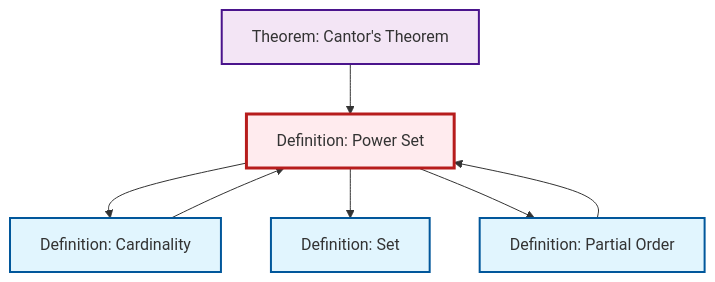
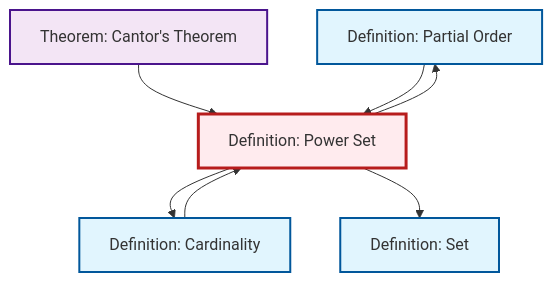
Before and after one commit to RK0429/ModernMath: the second of 2 diagrams in content/en/logic-set-theory/def-power-set.qmd, drawn with Mermaid. The commit also changed other lines of this file and 597 other files, not shown here.

````diff
--- a/content/en/logic-set-theory/def-power-set.qmd
+++ b/content/en/logic-set-theory/def-power-set.qmd
@@ -69,25 +69,25 @@
 ```{mermaid}
 %%| fig-cap: "Local dependency graph"
 graph TD
     classDef definition fill:#e1f5fe,stroke:#01579b,stroke-width:2px
     classDef theorem fill:#f3e5f5,stroke:#4a148c,stroke-width:2px
     classDef axiom fill:#fff3e0,stroke:#e65100,stroke-width:2px
     classDef example fill:#e8f5e9,stroke:#1b5e20,stroke-width:2px
     classDef current fill:#ffebee,stroke:#b71c1c,stroke-width:3px
-    thm-cantor["Theorem: Cantor's Theorem"]:::theorem
     def-partial-order["Definition: Partial Order"]:::definition
-    def-power-set["Definition: Power Set"]:::definition
     def-cardinality["Definition: Cardinality"]:::definition
     def-set["Definition: Set"]:::definition
-    def-cardinality --> def-power-set
+    thm-cantor["Theorem: Cantor's Theorem"]:::theorem
+    def-power-set["Definition: Power Set"]:::definition
     thm-cantor --> def-power-set
     def-power-set --> def-cardinality
-    def-power-set --> def-set
     def-power-set --> def-partial-order
     def-partial-order --> def-power-set
+    def-cardinality --> def-power-set
+    def-power-set --> def-set
     class def-power-set current
-    click thm-cantor "thm-cantor.html" "Go to Cantor's Theorem theorem"
     click def-partial-order "def-partial-order.html" "Go to Partial Order definition"
     click def-cardinality "def-cardinality.html" "Go to Cardinality definition"
     click def-set "def-set.html" "Go to Set definition"
+    click thm-cantor "thm-cantor.html" "Go to Cantor's Theorem theorem"
 ```
````
